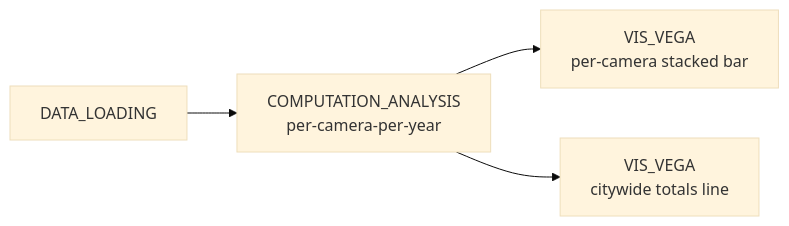
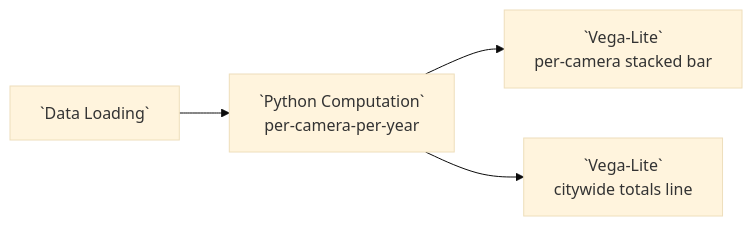
The diagram in docs/examples/03-vega-lite-linked-temporal-charts.md (urban-toolkit/curio), drawn with Mermaid (base theme) before and after one commit. The commit also changed other lines of this file and 11 other files, not shown here.

````diff
--- a/docs/examples/03-vega-lite-linked-temporal-charts.md
+++ b/docs/examples/03-vega-lite-linked-temporal-charts.md
@@ -7,6 +7,6 @@
 ```mermaid
 flowchart LR
-  L[DATA_LOADING] --> C[COMPUTATION_ANALYSIS<br/>per-camera-per-year]
-  C --> V1[VIS_VEGA<br/>per-camera stacked bar]
-  C --> V2[VIS_VEGA<br/>citywide totals line]
+  L[`Data Loading`] --> C[`Python Computation`<br/>per-camera-per-year]
+  C --> V1[`Vega-Lite`<br/>per-camera stacked bar]
+  C --> V2[`Vega-Lite`<br/>citywide totals line]
 ```
````
